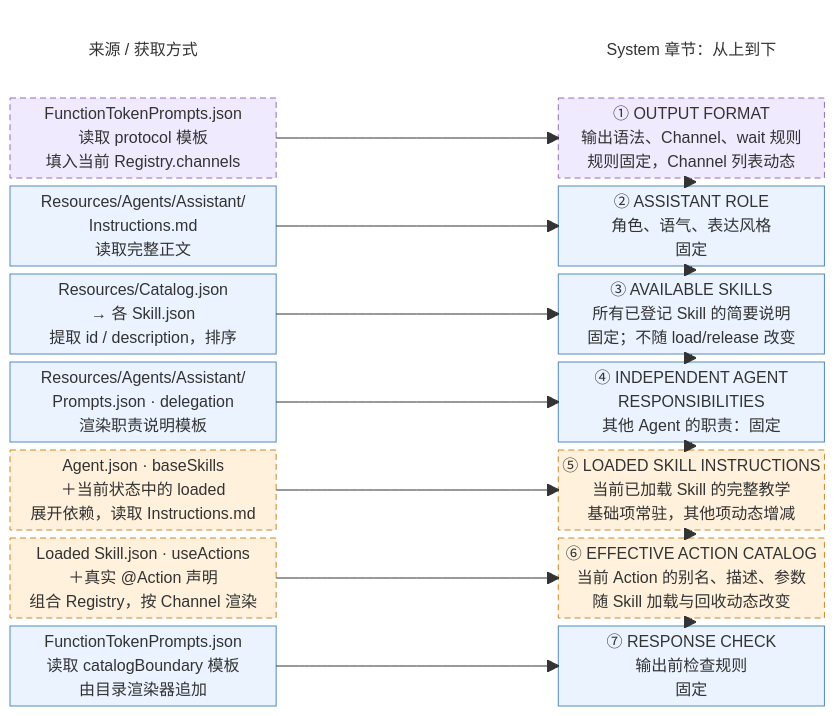
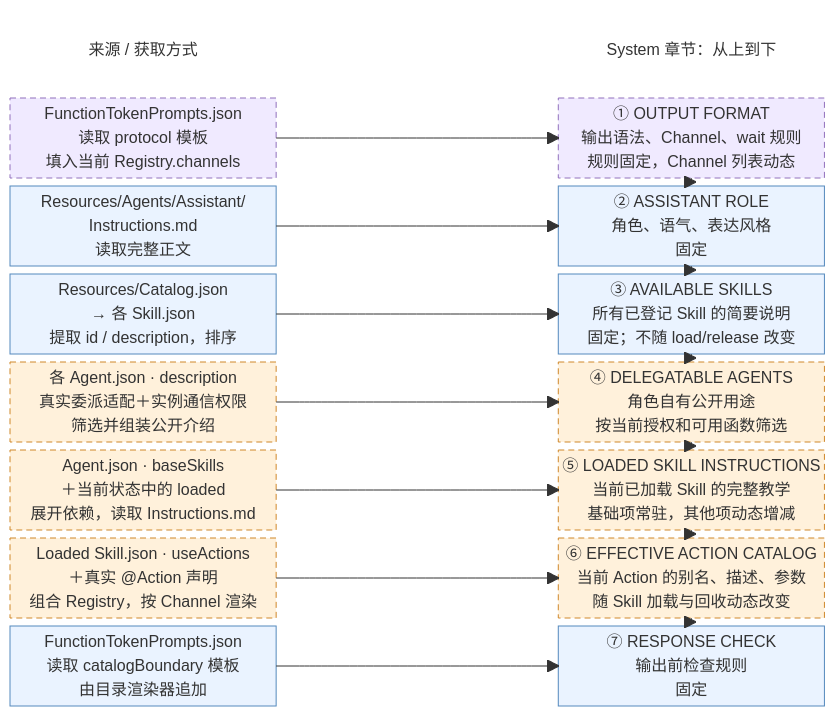
Before and after one commit to devilyouwei/MobileHarness: the third of 3 diagrams in MobileHarness/Agents/Assistant/README.md, drawn with Mermaid. The commit also changed other lines of this file and 401 other files, not shown here.

````diff
--- a/MobileHarness/Agents/Assistant/README.md
+++ b/MobileHarness/Agents/Assistant/README.md
@@ -129,45 +129,45 @@
 ```mermaid
 block-beta
     columns 3
 
     H1["来源 / 获取方式"] space H2["System 章节：从上到下"]
 
     A["FunctionTokenPrompts.json<br/>读取 protocol 模板<br/>填入当前 Registry.channels"] space S1["① OUTPUT FORMAT<br/>输出语法、Channel、wait 规则<br/>规则固定，Channel 列表动态"]
 
     B["Resources/Agents/Assistant/<br/>Instructions.md<br/>读取完整正文"] space S2["② ASSISTANT ROLE<br/>角色、语气、表达风格<br/>固定"]
 
     C["Resources/Catalog.json<br/>→ 各 Skill.json<br/>提取 id / description，排序"] space S3["③ AVAILABLE SKILLS<br/>所有已登记 Skill 的简要说明<br/>固定；不随 load/release 改变"]
 
-    D["Resources/Agents/Assistant/<br/>Prompts.json · delegation<br/>渲染职责说明模板"] space S4["④ INDEPENDENT AGENT<br/>RESPONSIBILITIES<br/>其他 Agent 的职责：固定"]
+    D["各 Agent.json · description<br/>真实委派适配＋实例通信权限<br/>筛选并组装公开介绍"] space S4["④ DELEGATABLE AGENTS<br/>角色自有公开用途<br/>按当前授权和可用函数筛选"]
 
     E["Agent.json · baseSkills<br/>＋当前状态中的 loaded<br/>展开依赖，读取 Instructions.md"] space S5["⑤ LOADED SKILL INSTRUCTIONS<br/>当前已加载 Skill 的完整教学<br/>基础项常驻，其他项动态增减"]
 
     F["Loaded Skill.json · useActions<br/>＋真实 @Action 声明<br/>组合 Registry，按 Channel 渲染"] space S6["⑥ EFFECTIVE ACTION CATALOG<br/>当前 Action 的别名、描述、参数<br/>随 Skill 加载与回收动态改变"]
 
     G["FunctionTokenPrompts.json<br/>读取 catalogBoundary 模板<br/>由目录渲染器追加"] space S7["⑦ RESPONSE CHECK<br/>输出前检查规则<br/>固定"]
 
     A --> S1
     B --> S2
     C --> S3
     D --> S4
     E --> S5
     F --> S6
     G --> S7
 
     S1 --> S2
     S2 --> S3
     S3 --> S4
     S4 --> S5
     S5 --> S6
     S6 --> S7
 
     classDef fixed fill:#eaf3ff,stroke:#5489bd,color:#173c60
     classDef dynamic fill:#fff1db,stroke:#cf882b,color:#65400d,stroke-dasharray:6 4
     classDef mixed fill:#f0eaff,stroke:#9170bc,color:#493269,stroke-dasharray:6 4
     classDef heading fill:transparent,stroke:transparent
 
-    class B,C,D,G,S2,S3,S4,S7 fixed
-    class E,F,S5,S6 dynamic
+    class B,C,G,S2,S3,S7 fixed
+    class D,E,F,S4,S5,S6 dynamic
     class A,S1 mixed
     class H1,H2 heading
 ```
````
